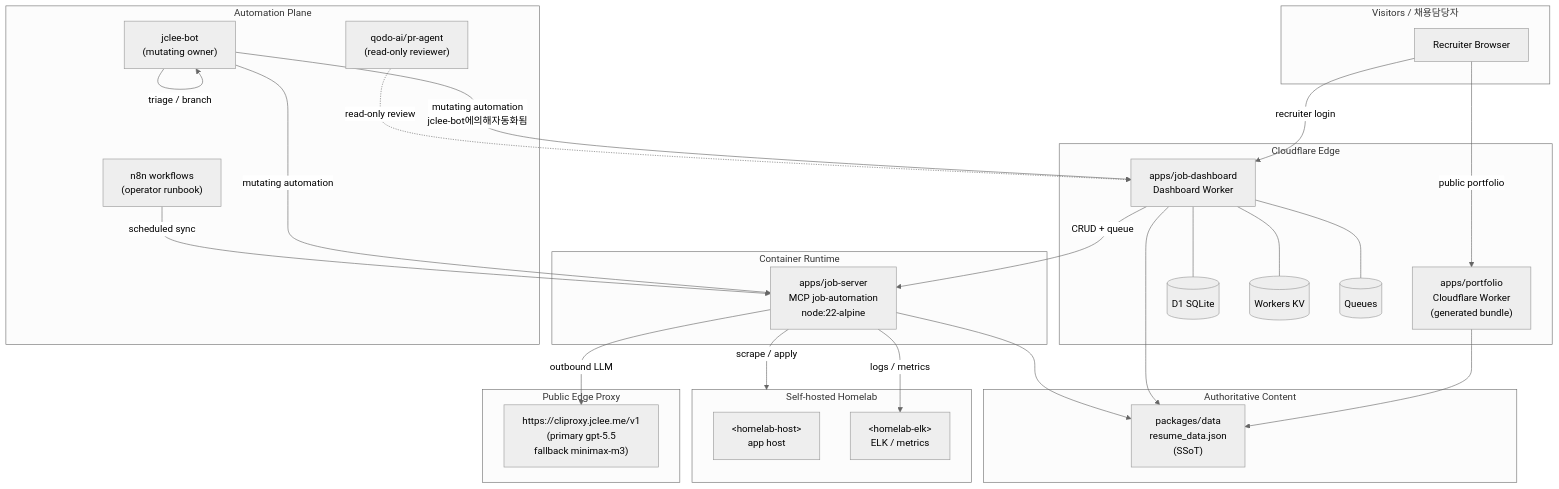
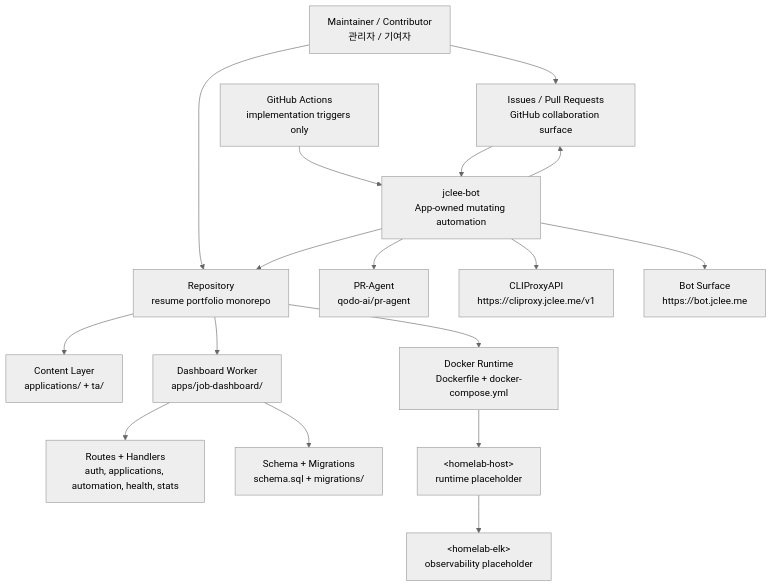
One commit to jclee941/resume changed the diagram in README.md. Above: the diagram before and after it, drawn with Mermaid (neutral theme). The commit also changed other lines of this file, not shown here.

````diff
--- a/README.md
+++ b/README.md
@@ -87,55 +153,37 @@
 ```mermaid
-flowchart TB
-    subgraph Visitors["Visitors / 채용담당자"]
-        U["Recruiter Browser"]
-    end
+flowchart TD
+  Human["Maintainer / Contributor<br/>관리자 / 기여자"]
+  Repo["Repository<br/>resume portfolio monorepo"]
+  Content["Content Layer<br/>applications/ + ta/"]
+  Dashboard["Dashboard Worker<br/>apps/job-dashboard/"]
+  API["Routes + Handlers<br/>auth, applications, automation, health, stats"]
+  Data["Schema + Migrations<br/>schema.sql + migrations/"]
+  Docker["Docker Runtime<br/>Dockerfile + docker-compose.yml"]
+  Bot["jclee-bot<br/>App-owned mutating automation"]
+  Issues["Issues / Pull Requests<br/>GitHub collaboration surface"]
+  Actions["GitHub Actions<br/>implementation triggers only"]
+  PRAgent["PR-Agent<br/>qodo-ai/pr-agent"]
+  CLIProxy["CLIProxyAPI<br/>https://cliproxy.jclee.me/v1"]
+  BotUI["Bot Surface<br/>https://bot.jclee.me"]
+  HomelabHost["&lt;homelab-host&gt;<br/>runtime placeholder"]
+  HomelabELK["&lt;homelab-elk&gt;<br/>observability placeholder"]
 
-    subgraph Edge["Cloudflare Edge"]
-        CF["apps/portfolio<br/>Cloudflare Worker<br/>(generated bundle)"]
-        JD["apps/job-dashboard<br/>Dashboard Worker"]
-        D1[("D1 SQLite")]
-        KV[("Workers KV")]
-        Q[("Queues")]
-    end
+  Human --> Repo
+  Repo --> Content
+  Repo --> Dashboard
+  Dashboard --> API
+  Dashboard --> Data
+  Repo --> Docker
+  Docker --> HomelabHost
 
-    subgraph Runtime["Container Runtime"]
-        JS["apps/job-server<br/>MCP job-automation<br/>node:22-alpine"]
-    end
+  Human --> Issues
+  Issues --> Bot
+  Actions --> Bot
+  Bot --> Repo
+  Bot --> Issues
 
-    subgraph SSoT["Authoritative Content"]
-        DATA["packages/data<br/>resume_data.json<br/>(SSoT)"]
-    end
-
-    subgraph Proxy["Public Edge Proxy"]
-        CP["https://cliproxy.jclee.me/v1<br/>(primary gpt-5.5<br/>fallback minimax-m3)"]
-    end
-
-    subgraph Homelab["Self-hosted Homelab"]
-        HOST["&lt;homelab-host&gt;<br/>app host"]
-        ELK["&lt;homelab-elk&gt;<br/>ELK / metrics"]
-    end
-
-    subgraph BotPlane["Automation Plane"]
-        BOT["jclee-bot<br/>(mutating owner)"]
-        N8N["n8n workflows<br/>(operator runbook)"]
-        PRA["qodo-ai/pr-agent<br/>(read-only reviewer)"]
-    end
-
-    U -->|"public portfolio"| CF
-    U -->|"recruiter login"| JD
-    JD -->|"CRUD + queue"| JS
-    JD --- D1
-    JD --- KV
-    JD --- Q
-    CF --> DATA
-    JD --> DATA
-    JS --> DATA
-    JS -->|"scrape / apply"| Homelab
-    JS -->|"outbound LLM"| CP
-    JS -->|"logs / metrics"| ELK
-    BOT -->|"mutating automation<br/>jclee-bot에의해자동화됨"| JD
-    BOT -->|"mutating automation"| JS
-    BOT -->|"triage / branch"| BOT
-    N8N -->|"scheduled sync"| JS
-    PRA -.->|"read-only review"| JD
+  Bot --> PRAgent
+  Bot --> CLIProxy
+  Bot --> BotUI
+  HomelabHost --> HomelabELK
 ```
````
